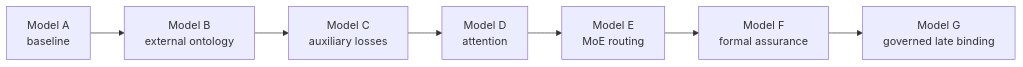
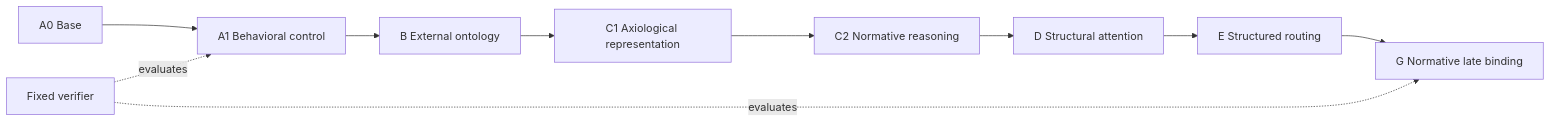
Before and after one commit to jmsbooth/value-grounded-ai-alignment: the diagram in diagrams/experiment-ablation.mmd, drawn with Mermaid. The commit also changed 309 other files, not shown here.

```diff
--- a/diagrams/experiment-ablation.mmd
+++ b/diagrams/experiment-ablation.mmd
@@ -1,7 +1,10 @@
 flowchart LR
-  A[Model A<br/>baseline] --> B[Model B<br/>external ontology]
-  B --> C[Model C<br/>auxiliary losses]
-  C --> D[Model D<br/>attention]
-  D --> E[Model E<br/>MoE routing]
-  E --> F[Model F<br/>formal assurance]
-  F --> G[Model G<br/>governed late binding]
+  A0[A0 Base] --> A1[A1 Behavioral control]
+  A1 --> B[B External ontology]
+  B --> C1[C1 Axiological representation]
+  C1 --> C2[C2 Normative reasoning]
+  C2 --> D[D Structural attention]
+  D --> E[E Structured routing]
+  E --> G[G Normative late binding]
+  V[Fixed verifier] -. evaluates .-> A1
+  V -. evaluates .-> G
```
